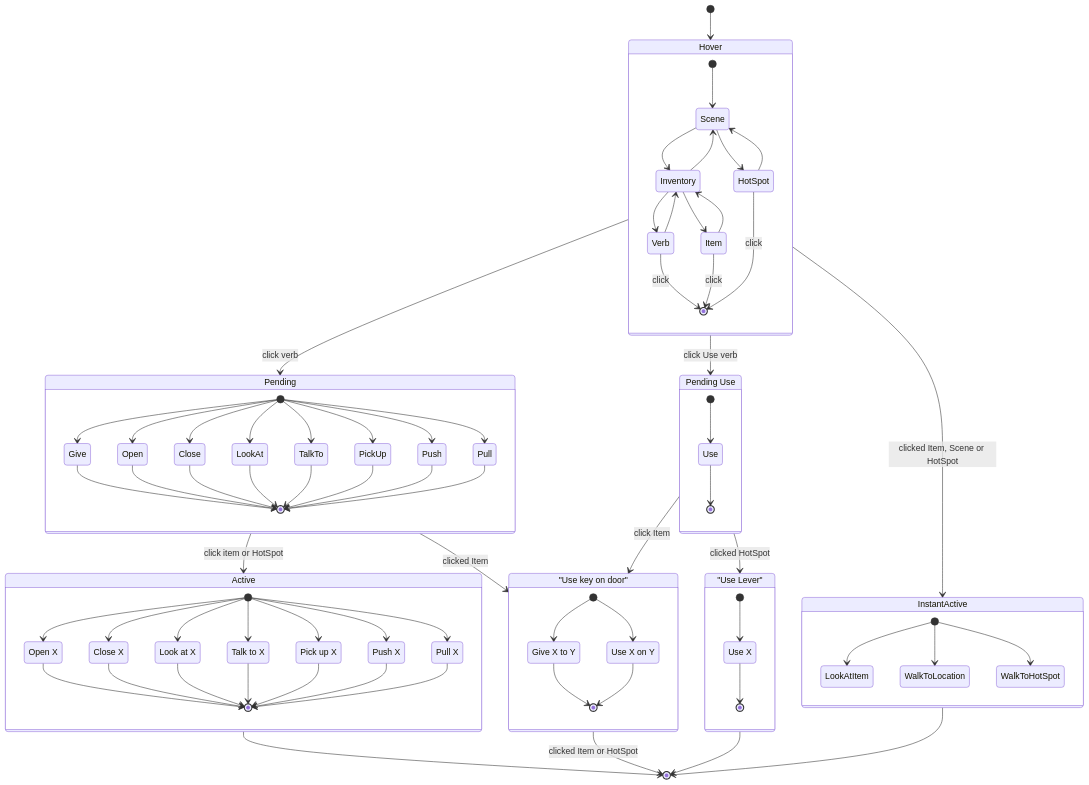
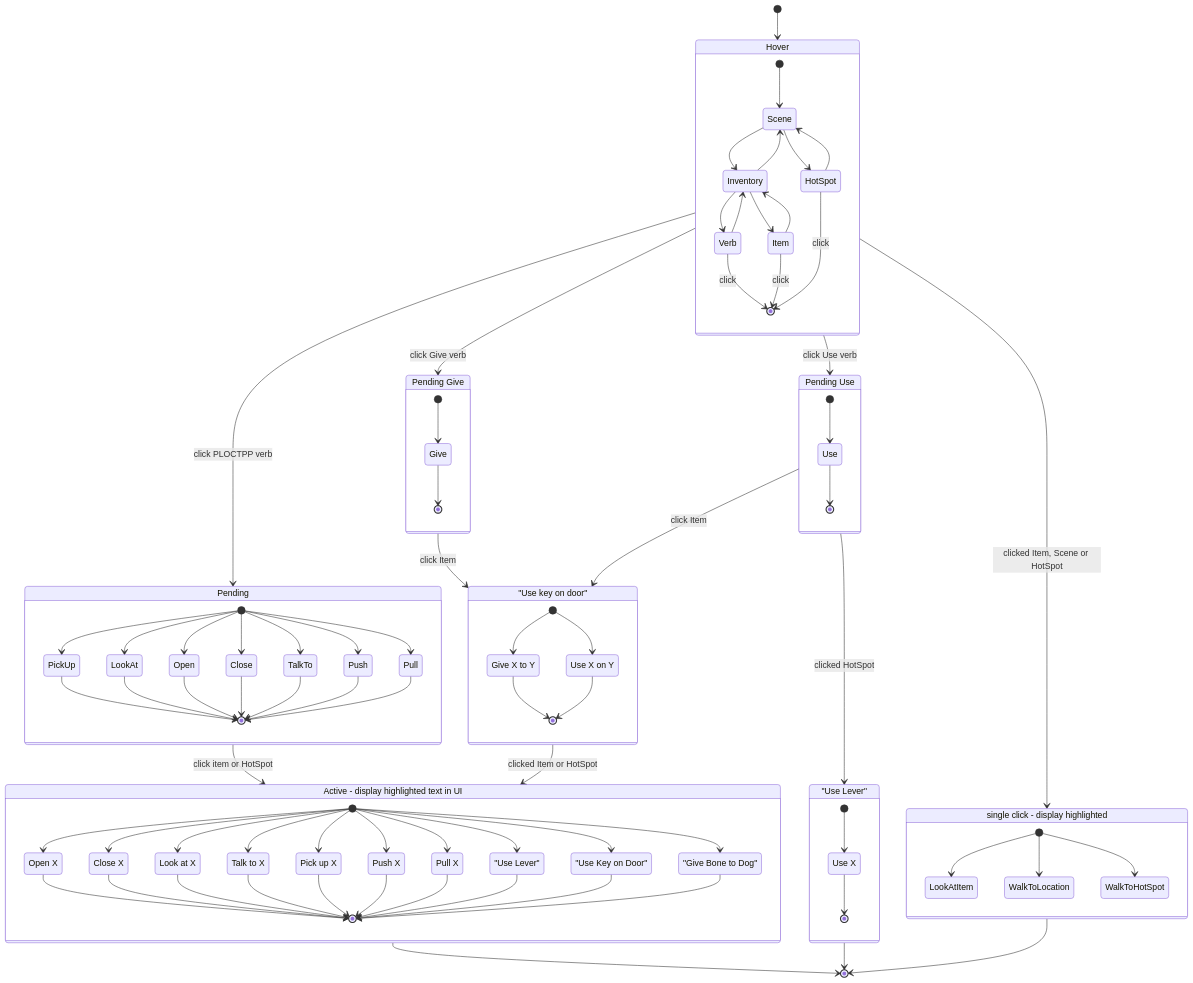
Before and after one commit to sarah-j-smith/UnrealEngine2D: the diagram in AdventureGame/Docs/CommandState.md, drawn with Mermaid. The commit also changed other lines of this file and 22 other files, not shown here.

```diff
--- a/AdventureGame/Docs/CommandState.md
+++ b/AdventureGame/Docs/CommandState.md
@@ -23,25 +23,31 @@
         HotSpot --> [*] : click
     }
 
-    Hover --> Pending : click verb
+    Hover --> Pending : click PLOCTPP verb
     %% NamedComposite: Another Composite
     state Pending {
-        [*] --> Give
+        [*] --> PickUp
+        [*] --> LookAt
         [*] --> Open
         [*] --> Close
-        [*] --> LookAt
         [*] --> TalkTo
-        [*] --> PickUp
         [*] --> Push
         [*] --> Pull
-        Give --> [*]
+        PickUp --> [*]
+        LookAt --> [*]
         Open --> [*]
         Close --> [*]
-        LookAt --> [*]
         TalkTo --> [*]
-        PickUp --> [*]
         Push --> [*]
         Pull --> [*]
+    }
+
+    Hover --> PendingGive: click Give verb
+    PendingGive: Pending Give
+    state PendingGive {
+        [*] --> PGive
+        PGive: Give
+        PGive --> [*]
     }
 
     Hover --> PendingUse: click Use verb
@@ -53,7 +59,7 @@
     }
 
     Pending --> Active : click item or HotSpot
-    %% NamedComposite: Another Composite
+    Active: Active - display highlighted text in UI
     state Active {
         [*] --> AOpen
         AOpen: Open X
@@ -69,6 +75,12 @@
         APush: Push X
         [*] --> APull
         APull: Pull X
+        [*] --> AUse
+        AUse: "Use Lever"
+        [*] --> AGive
+        AGive: "Give Bone to Dog"
+        [*] --> AUseOn
+        AUseOn: "Use Key on Door"
         AOpen --> [*]
         AClose --> [*]
         ALookAt --> [*]
@@ -76,11 +88,15 @@
         APickUp --> [*]
         APush --> [*]
         APull --> [*]
+        AUse --> [*]
+        AUseOn --> [*]
+        AGive --> [*]
     }
 
     PendingUse --> Targeting: click Item
 
-    Pending --> Targeting : clicked Item
+    PendingGive --> Targeting: click Item
+
     state Targeting {
         [*] --> TGive
         TGive: Give X to Y
@@ -92,9 +108,9 @@
     Targeting: "Use key on door"
 
     state TargetingUse {
-        [*] --> AUse
-        AUse: Use X
-        AUse --> [*]
+        [*] --> HUse
+        HUse: Use X
+        HUse --> [*]
     }
     TargetingUse: "Use Lever"
 
@@ -105,8 +121,9 @@
         [*] --> WalkToLocation
         [*] --> WalkToHotSpot
     }
+    InstantActive: single click - display highlighted
 
-    Targeting --> [*]: clicked Item or HotSpot
+    Targeting --> Active: clicked Item or HotSpot
     TargetingUse --> [*]
     InstantActive --> [*]
     Active --> [*]
```
